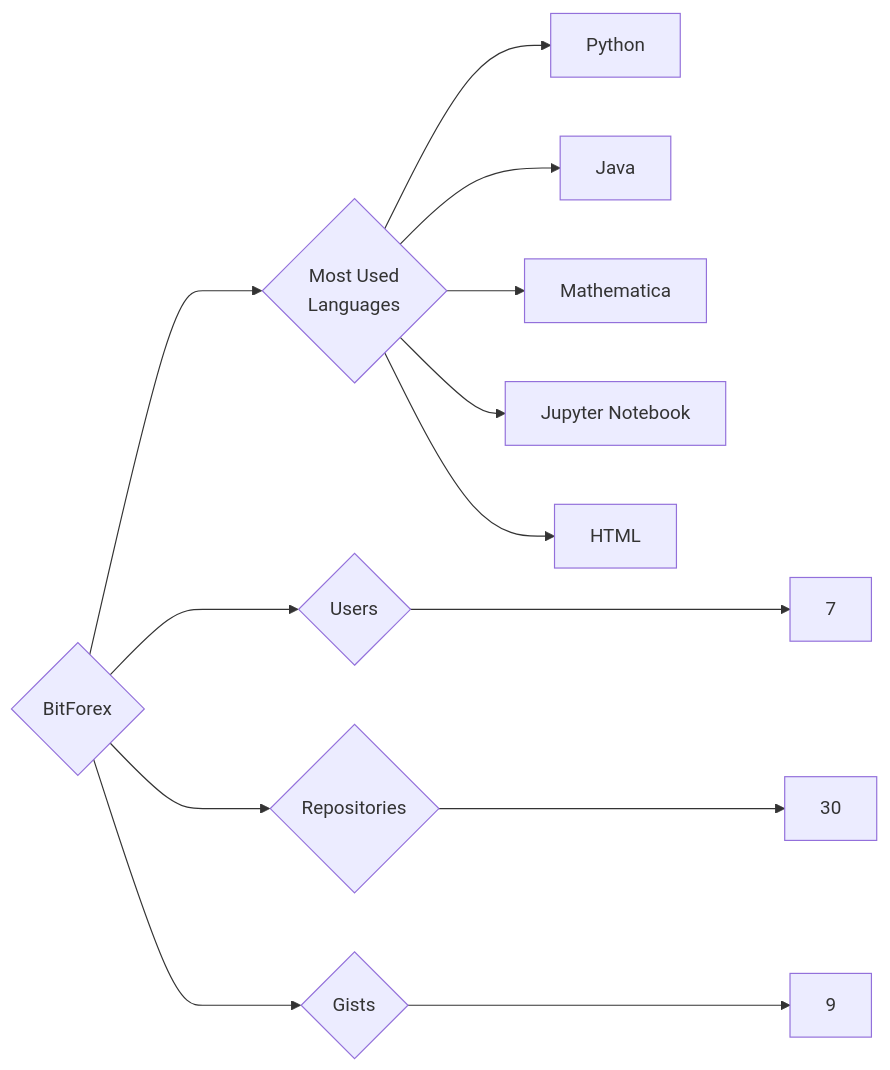
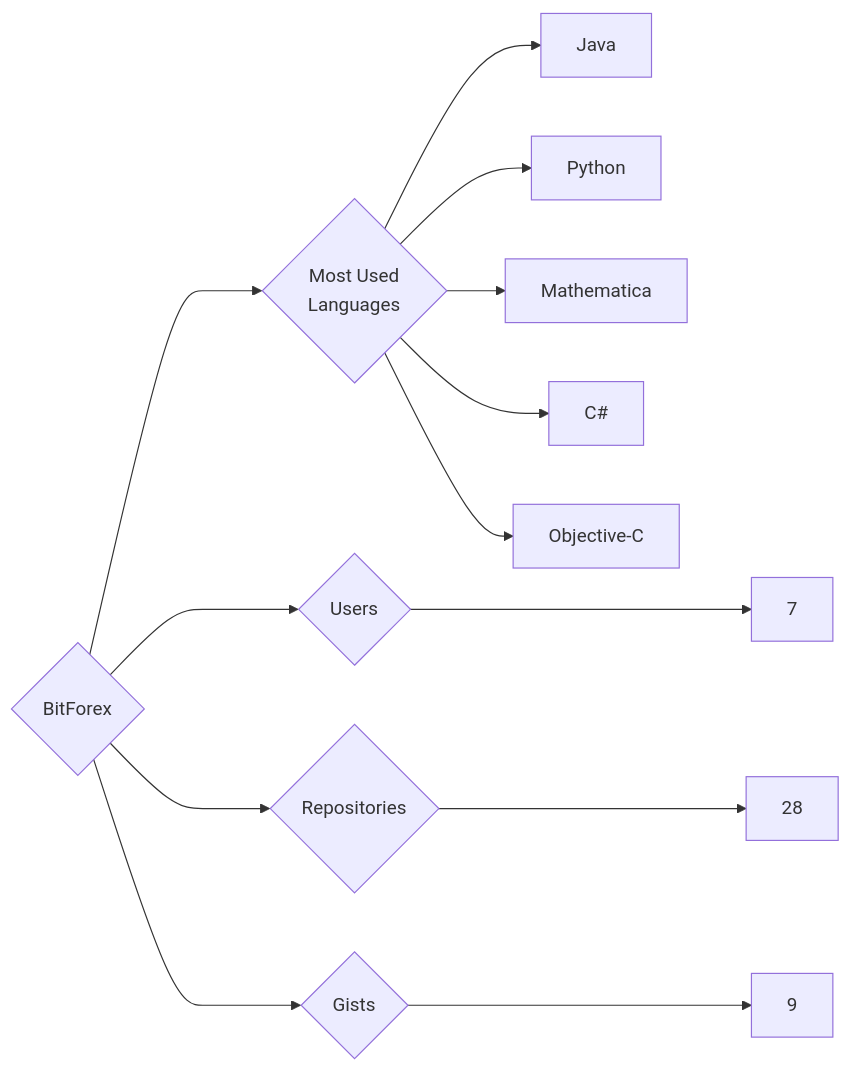
The diagram in targets/BitForex/README.md (trickest/insiders), drawn with Mermaid before and after one commit. The commit also changed 1003 other files, not shown here.

````diff
--- a/targets/BitForex/README.md
+++ b/targets/BitForex/README.md
@@ -3,13 +3,13 @@
 ```mermaid
 graph LR
 COMPANY_NAME{BitForex}
 COMPANY_NAME ---> U{Users} ---> UN[7]
-COMPANY_NAME ---> R{Repositories} ---> RN[30]
+COMPANY_NAME ---> R{Repositories} ---> RN[28]
 COMPANY_NAME ---> G{Gists} ---> GN[9]
 COMPANY_NAME ---> ML{Most Used<br>Languages}
+ML --> Java[Java]
 ML --> Python[Python]
-ML --> Java[Java]
 ML --> Mathematica[Mathematica]
-ML --> Jupyter_Notebook[Jupyter Notebook]
-ML --> HTML[HTML]
+ML --> C#[C#]
+ML --> Objective-C[Objective-C]
 ```
````
